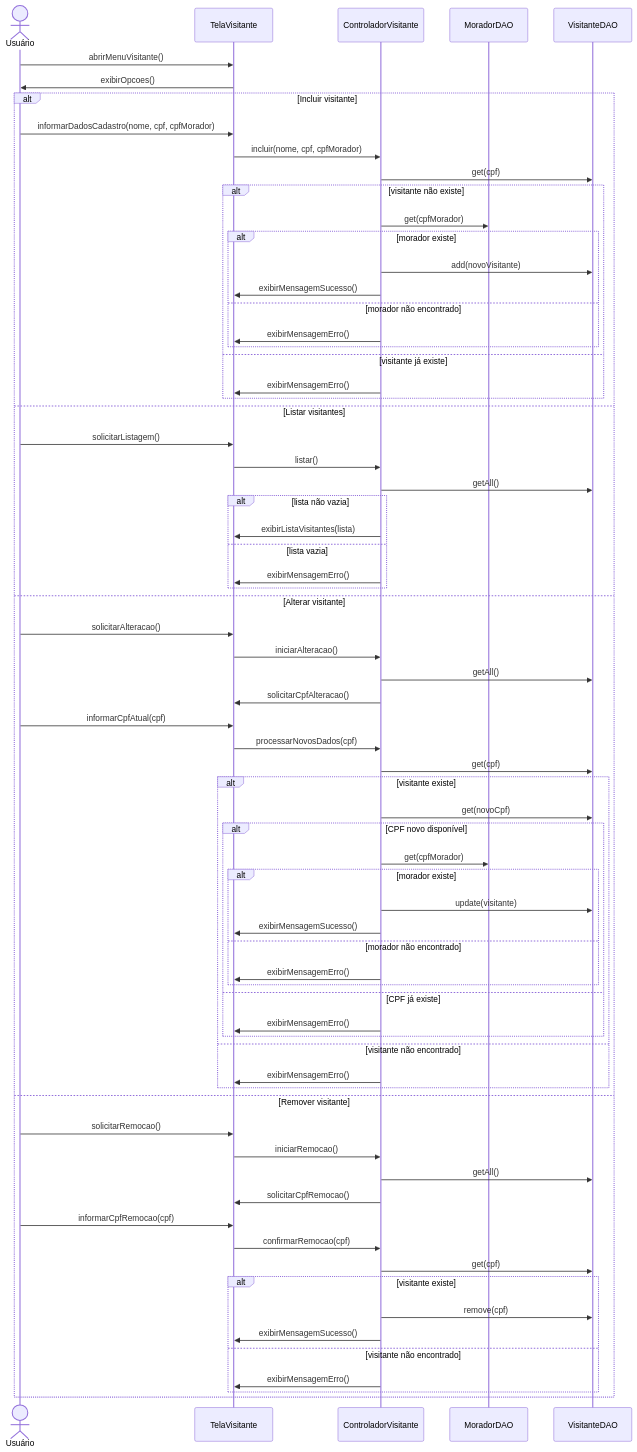
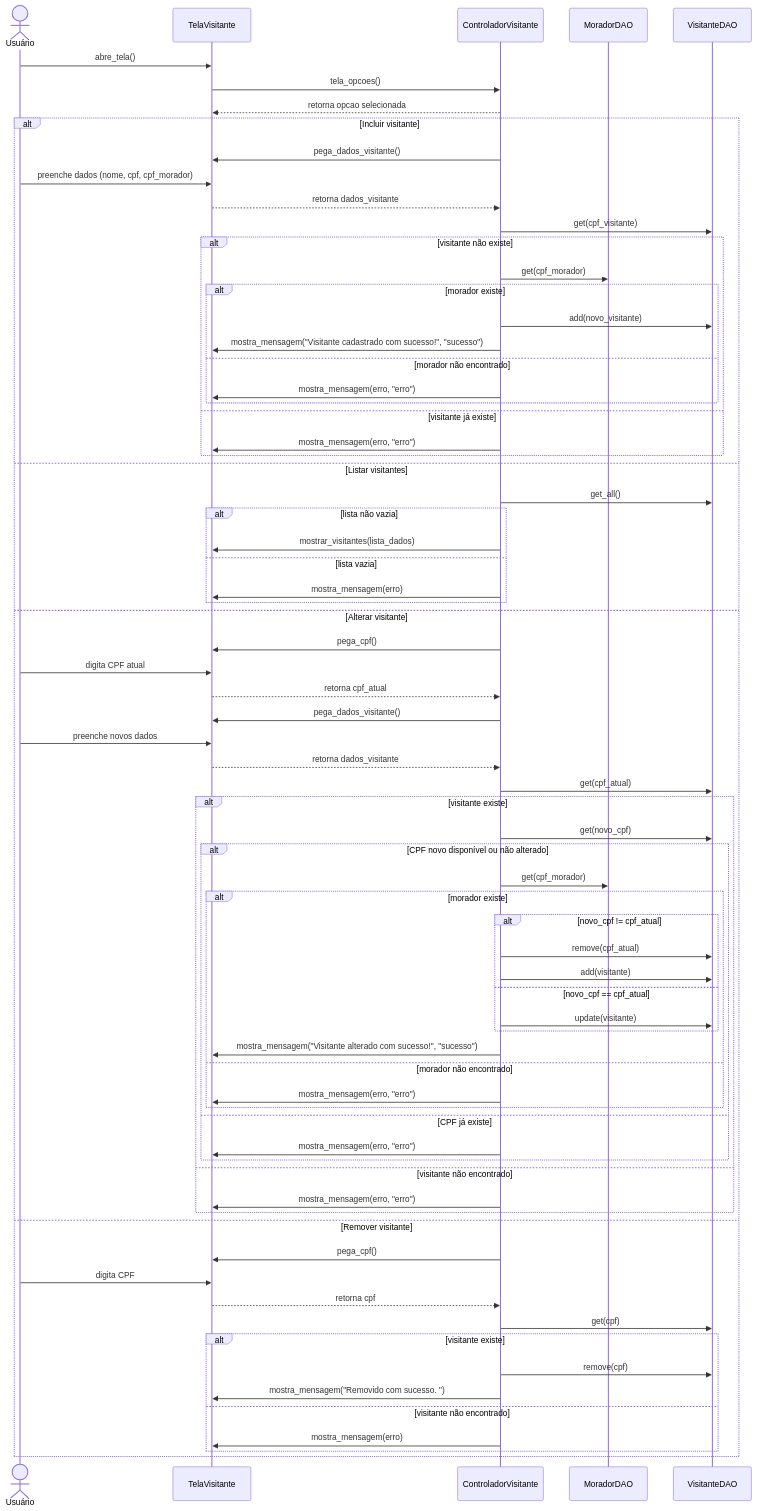
The diagram in docs/diagrama-sequencia-gerencia-visitante.md (TiagoSansao/CondoGate), drawn with Mermaid before and after one commit.

````diff
--- a/docs/diagrama-sequencia-gerencia-visitante.md
+++ b/docs/diagrama-sequencia-gerencia-visitante.md
@@ -1,75 +1,80 @@
 ```mermaid
 sequenceDiagram
     actor Usuário
     participant TelaVisitante
     participant ControladorVisitante
     participant MoradorDAO
     participant VisitanteDAO
 
-    Usuário->>TelaVisitante: abrirMenuVisitante()
-    TelaVisitante->>Usuário: exibirOpcoes()
+    Usuário->>TelaVisitante: abre_tela()
+    TelaVisitante->>ControladorVisitante: tela_opcoes()
+    ControladorVisitante-->>TelaVisitante: retorna opcao selecionada
 
     alt Incluir visitante
-        Usuário->>TelaVisitante: informarDadosCadastro(nome, cpf, cpfMorador)
-        TelaVisitante->>ControladorVisitante: incluir(nome, cpf, cpfMorador)
-        ControladorVisitante->>VisitanteDAO: get(cpf)
+        ControladorVisitante->>TelaVisitante: pega_dados_visitante()
+        Usuário->>TelaVisitante: preenche dados (nome, cpf, cpf_morador)
+        TelaVisitante-->>ControladorVisitante: retorna dados_visitante
+        ControladorVisitante->>VisitanteDAO: get(cpf_visitante)
         alt visitante não existe
-            ControladorVisitante->>MoradorDAO: get(cpfMorador)
+            ControladorVisitante->>MoradorDAO: get(cpf_morador)
             alt morador existe
-                ControladorVisitante->>VisitanteDAO: add(novoVisitante)
-                ControladorVisitante->>TelaVisitante: exibirMensagemSucesso()
+                ControladorVisitante->>VisitanteDAO: add(novo_visitante)
+                ControladorVisitante->>TelaVisitante: mostra_mensagem("Visitante cadastrado com sucesso!", "sucesso")
             else morador não encontrado
-                ControladorVisitante->>TelaVisitante: exibirMensagemErro()
+                ControladorVisitante->>TelaVisitante: mostra_mensagem(erro, "erro")
             end
         else visitante já existe
-            ControladorVisitante->>TelaVisitante: exibirMensagemErro()
+            ControladorVisitante->>TelaVisitante: mostra_mensagem(erro, "erro")
         end
+
     else Listar visitantes
-        Usuário->>TelaVisitante: solicitarListagem()
-        TelaVisitante->>ControladorVisitante: listar()
-        ControladorVisitante->>VisitanteDAO: getAll()
+        ControladorVisitante->>VisitanteDAO: get_all()
         alt lista não vazia
-            ControladorVisitante->>TelaVisitante: exibirListaVisitantes(lista)
+            ControladorVisitante->>TelaVisitante: mostrar_visitantes(lista_dados)
         else lista vazia
-            ControladorVisitante->>TelaVisitante: exibirMensagemErro()
+            ControladorVisitante->>TelaVisitante: mostra_mensagem(erro)
         end
+
     else Alterar visitante
-        Usuário->>TelaVisitante: solicitarAlteracao()
-        TelaVisitante->>ControladorVisitante: iniciarAlteracao()
-        ControladorVisitante->>VisitanteDAO: getAll()  
-        ControladorVisitante->>TelaVisitante: solicitarCpfAlteracao()
-        Usuário->>TelaVisitante: informarCpfAtual(cpf)
-        TelaVisitante->>ControladorVisitante: processarNovosDados(cpf)
-        ControladorVisitante->>VisitanteDAO: get(cpf)
+        ControladorVisitante->>TelaVisitante: pega_cpf()
+        Usuário->>TelaVisitante: digita CPF atual
+        TelaVisitante-->>ControladorVisitante: retorna cpf_atual
+        ControladorVisitante->>TelaVisitante: pega_dados_visitante()
+        Usuário->>TelaVisitante: preenche novos dados
+        TelaVisitante-->>ControladorVisitante: retorna dados_visitante
+        ControladorVisitante->>VisitanteDAO: get(cpf_atual)
         alt visitante existe
-            ControladorVisitante->>VisitanteDAO: get(novoCpf)
-            alt CPF novo disponível
-                ControladorVisitante->>MoradorDAO: get(cpfMorador)
+            ControladorVisitante->>VisitanteDAO: get(novo_cpf)
+            alt CPF novo disponível ou não alterado
+                ControladorVisitante->>MoradorDAO: get(cpf_morador)
                 alt morador existe
-                    ControladorVisitante->>VisitanteDAO: update(visitante)
-                    ControladorVisitante->>TelaVisitante: exibirMensagemSucesso()
+                    alt novo_cpf != cpf_atual
+                        ControladorVisitante->>VisitanteDAO: remove(cpf_atual)
+                        ControladorVisitante->>VisitanteDAO: add(visitante)
+                    else novo_cpf == cpf_atual
+                        ControladorVisitante->>VisitanteDAO: update(visitante)
+                    end
+                    ControladorVisitante->>TelaVisitante: mostra_mensagem("Visitante alterado com sucesso!", "sucesso")
                 else morador não encontrado
-                    ControladorVisitante->>TelaVisitante: exibirMensagemErro()
+                    ControladorVisitante->>TelaVisitante: mostra_mensagem(erro, "erro")
                 end
             else CPF já existe
-                ControladorVisitante->>TelaVisitante: exibirMensagemErro()
+                ControladorVisitante->>TelaVisitante: mostra_mensagem(erro, "erro")
             end
         else visitante não encontrado
-            ControladorVisitante->>TelaVisitante: exibirMensagemErro()
+            ControladorVisitante->>TelaVisitante: mostra_mensagem(erro, "erro")
         end
+
     else Remover visitante
-        Usuário->>TelaVisitante: solicitarRemocao()
-        TelaVisitante->>ControladorVisitante: iniciarRemocao()
-        ControladorVisitante->>VisitanteDAO: getAll()
-        ControladorVisitante->>TelaVisitante: solicitarCpfRemocao()
-        Usuário->>TelaVisitante: informarCpfRemocao(cpf)
-        TelaVisitante->>ControladorVisitante: confirmarRemocao(cpf)
+        ControladorVisitante->>TelaVisitante: pega_cpf()
+        Usuário->>TelaVisitante: digita CPF
+        TelaVisitante-->>ControladorVisitante: retorna cpf
         ControladorVisitante->>VisitanteDAO: get(cpf)
         alt visitante existe
             ControladorVisitante->>VisitanteDAO: remove(cpf)
-            ControladorVisitante->>TelaVisitante: exibirMensagemSucesso()
+            ControladorVisitante->>TelaVisitante: mostra_mensagem("Removido com sucesso. ")
         else visitante não encontrado
-            ControladorVisitante->>TelaVisitante: exibirMensagemErro()
+            ControladorVisitante->>TelaVisitante: mostra_mensagem(erro)
         end
     end
 ```
````
